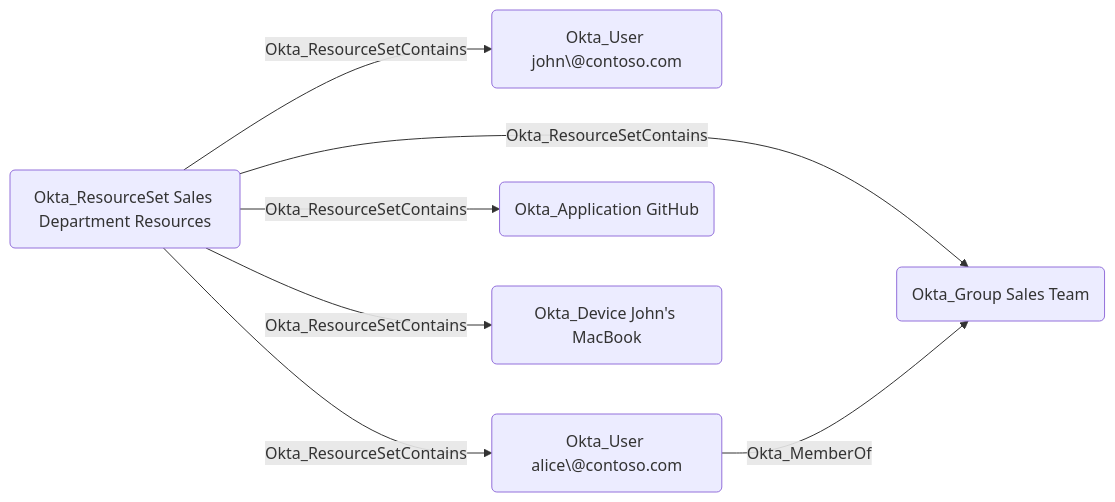
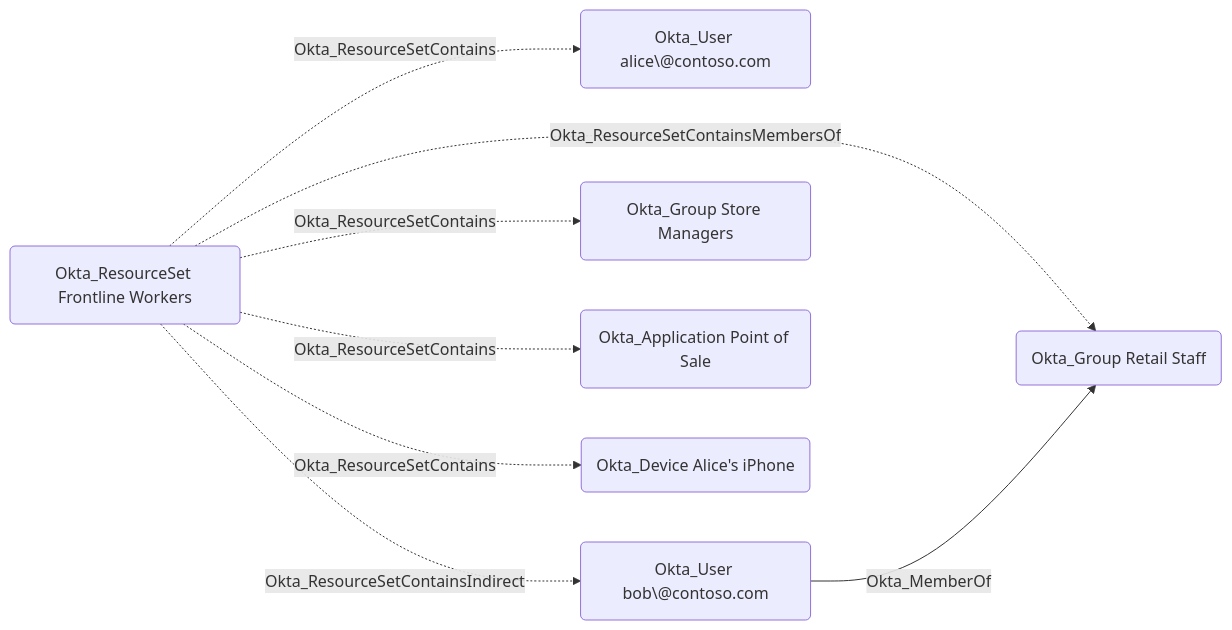
Before and after one commit to SpecterOps/bloodhound-docs: the diagram in docs/opengraph/extensions/okta/edges/okta_resourcesetcontains.mdx, drawn with Mermaid. The commit also changed other lines of this file and 73 other files, not shown here.

````diff
--- a/docs/opengraph/extensions/okta/edges/okta_resourcesetcontains.mdx
+++ b/docs/opengraph/extensions/okta/edges/okta_resourcesetcontains.mdx
@@ -19,15 +27,17 @@
 ```mermaid
 graph LR
-    rs1("Okta_ResourceSet Sales Department Resources")
-    u1("Okta_User john\@contoso.com")
-    u2("Okta_User alice\@contoso.com")
-    g1("Okta_Group Sales Team")
-    a1("Okta_Application GitHub")
-    d1("Okta_Device John's MacBook")
-    rs1 -- Okta_ResourceSetContains --> u1
-    rs1 -- Okta_ResourceSetContains --> g1
-    rs1 -- Okta_ResourceSetContains --> a1
-    rs1 -- Okta_ResourceSetContains --> d1
-    u2 -- Okta_MemberOf --> g1
-    rs1 -- Okta_ResourceSetContains --> u2
+    rs1("Okta_ResourceSet Frontline Workers")
+    u1("Okta_User alice\@contoso.com")
+    u2("Okta_User bob\@contoso.com")
+    g1("Okta_Group Store Managers")
+    g2("Okta_Group Retail Staff")
+    a1("Okta_Application Point of Sale")
+    d1("Okta_Device Alice's iPhone")
+    rs1 -. Okta_ResourceSetContains .-> u1
+    rs1 -. Okta_ResourceSetContains .-> g1
+    rs1 -. Okta_ResourceSetContains .-> a1
+    rs1 -. Okta_ResourceSetContains .-> d1
+    rs1 -. Okta_ResourceSetContainsMembersOf .-> g2
+    u2 -- Okta_MemberOf --> g2
+    rs1 -. Okta_ResourceSetContainsIndirect .-> u2
 ```
````
